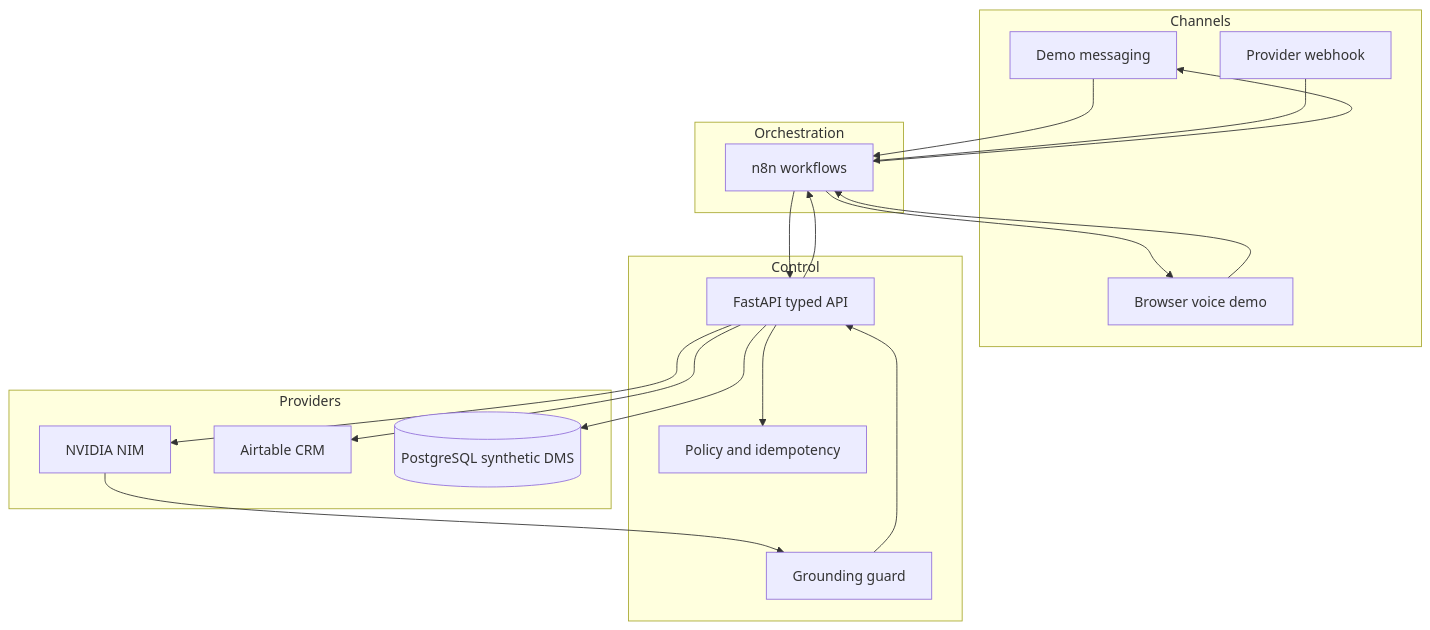
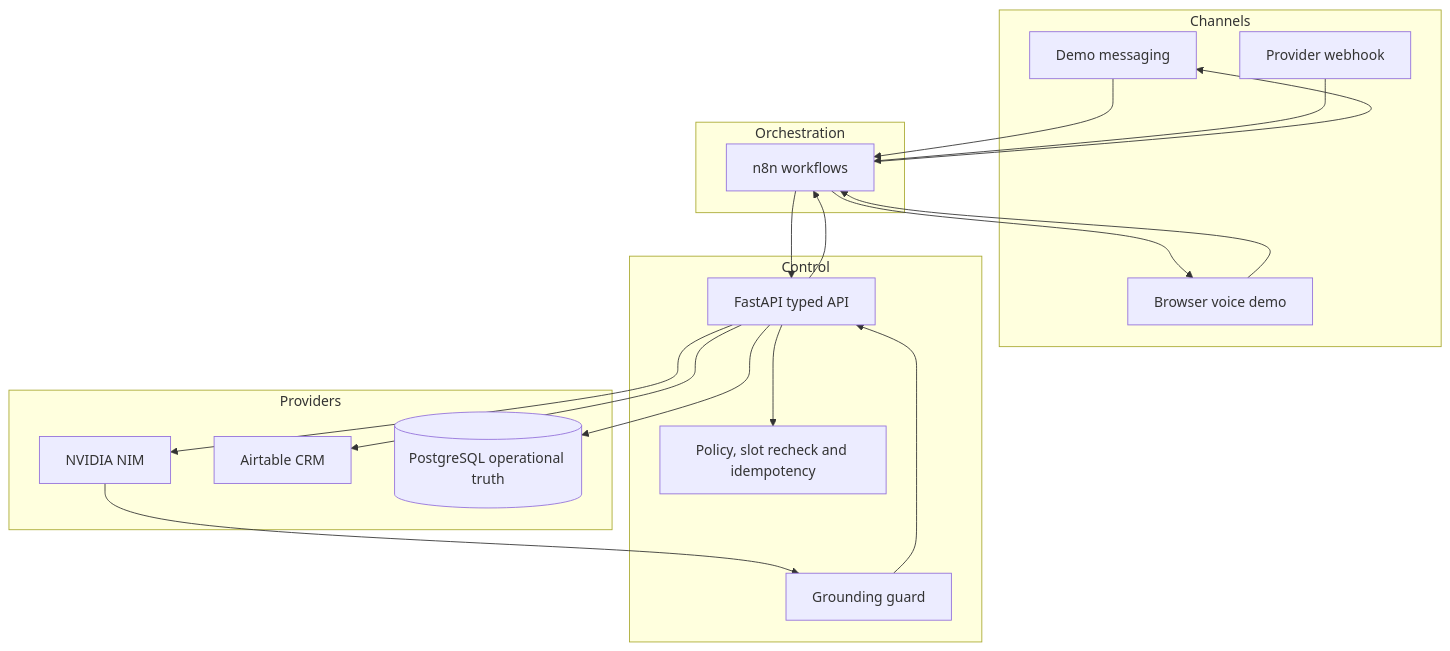
One commit to kabbersokhi-boop/customer-ops-ai changed the diagram in docs/architecture.md. Above: the diagram before and after it, drawn with Mermaid. The commit also changed other lines of this file and 5 other files, not shown here.

```diff
--- a/docs/architecture.md
+++ b/docs/architecture.md
@@ -7,34 +7,34 @@
 ~~~mermaid
 flowchart TB
     subgraph Channels
       M[Demo messaging]
       V[Browser voice demo]
       W[Provider webhook]
     end
     subgraph Orchestration
       N[n8n workflows]
     end
     subgraph Control
       A[FastAPI typed API]
       G[Grounding guard]
-      P[Policy and idempotency]
+      P[Policy, slot recheck and idempotency]
     end
     subgraph Providers
       L[NVIDIA NIM]
       R[Airtable CRM]
-      D[(PostgreSQL synthetic DMS)]
+      D[(PostgreSQL operational truth)]
     end
     M --> N
     V --> N
     W --> N
     N --> A
     A --> N
     N --> M
     N --> V
     A --> P
     A --> L
     L --> G
     G --> A
     A --> R
     A --> D
 ~~~
```
